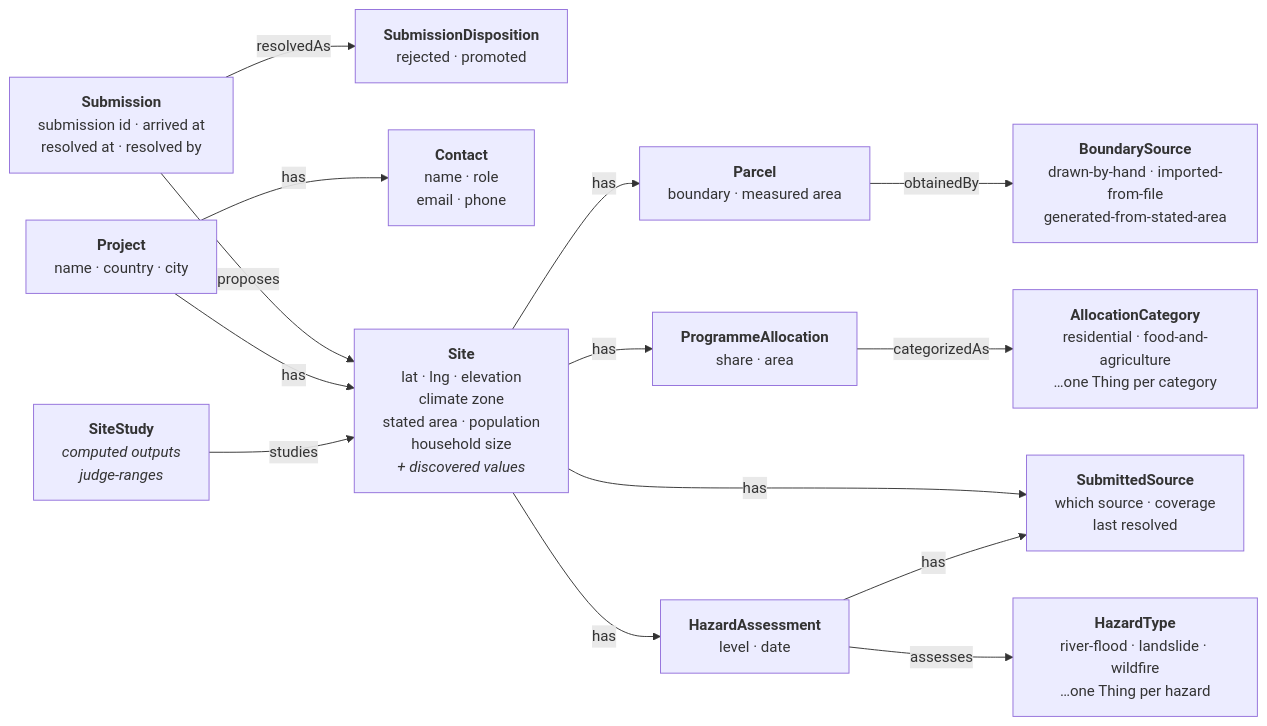
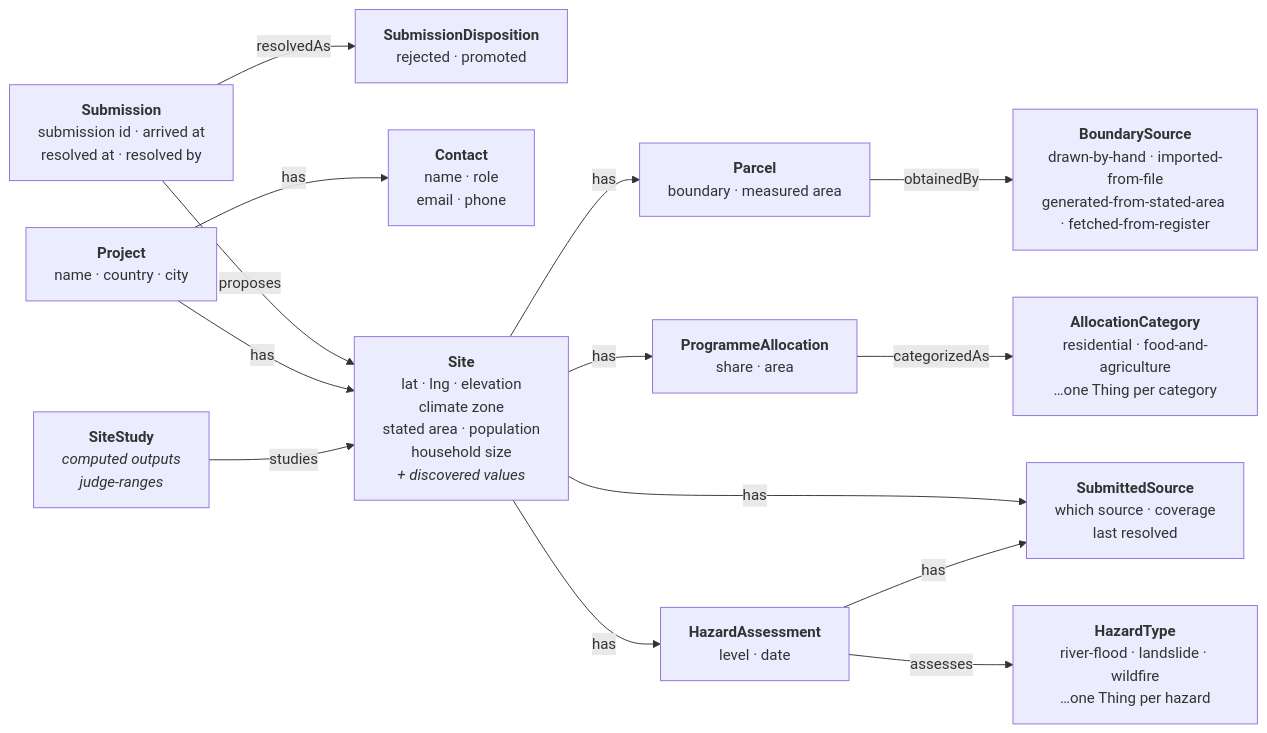
One commit to ReGen-Villages/VillageOS-API changed the seventh of 11 diagrams in docs/LAND_INTAKE.md. Above: the diagram before and after it, drawn with Mermaid. The commit also changed other lines of this file and 3 other files, not shown here.

First line of the commit message:
docs(#6906, #6907): the intake design, the client guide and the deploy notes carry the plot-first flow

````diff
--- a/docs/LAND_INTAKE.md
+++ b/docs/LAND_INTAKE.md
@@ -658,31 +695,31 @@
 ```mermaid
 flowchart LR
   SU["<b>Submission</b><br/>submission id · arrived at<br/>resolved at · resolved by"]
   SD["<b>SubmissionDisposition</b><br/>rejected · promoted"]
   PR["<b>Project</b><br/>name · country · city"]
   CO["<b>Contact</b><br/>name · role<br/>email · phone"]
   SI["<b>Site</b><br/>lat · lng · elevation<br/>climate zone<br/>stated area · population<br/>household size<br/><i>+ discovered values</i>"]
   ST["<b>SiteStudy</b><br/><i>computed outputs</i><br/><i>judge-ranges</i>"]
   PA["<b>Parcel</b><br/>boundary · measured area"]
   AL["<b>ProgrammeAllocation</b><br/>share · area"]
   HA["<b>HazardAssessment</b><br/>level · date"]
   DS["<b>SubmittedSource</b><br/>which source · coverage<br/>last resolved"]
 
-  BS["<b>BoundarySource</b><br/>drawn-by-hand · imported-from-file<br/>generated-from-stated-area"]
+  BS["<b>BoundarySource</b><br/>drawn-by-hand · imported-from-file<br/>generated-from-stated-area · fetched-from-register"]
   AC["<b>AllocationCategory</b><br/>residential · food-and-agriculture<br/>…one Thing per category"]
   HT["<b>HazardType</b><br/>river-flood · landslide · wildfire<br/>…one Thing per hazard"]
 
   SU -->|proposes| SI
   SU -->|resolvedAs| SD
   PR -->|has| CO
   PR -->|has| SI
   SI -->|has| PA
   SI -->|has| AL
   SI -->|has| HA
   SI -->|has| DS
   HA -->|has| DS
   ST -->|studies| SI
   PA -->|obtainedBy| BS
   AL -->|categorizedAs| AC
   HA -->|assesses| HT
 ```
````
